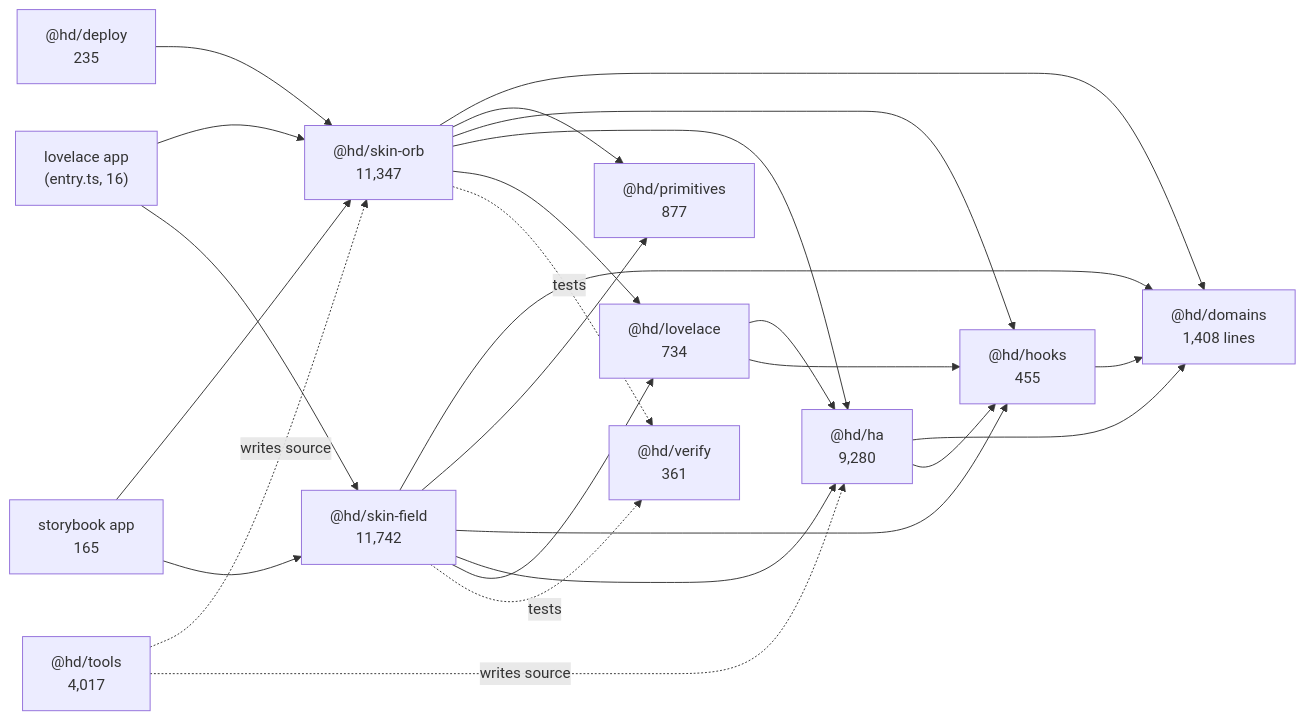
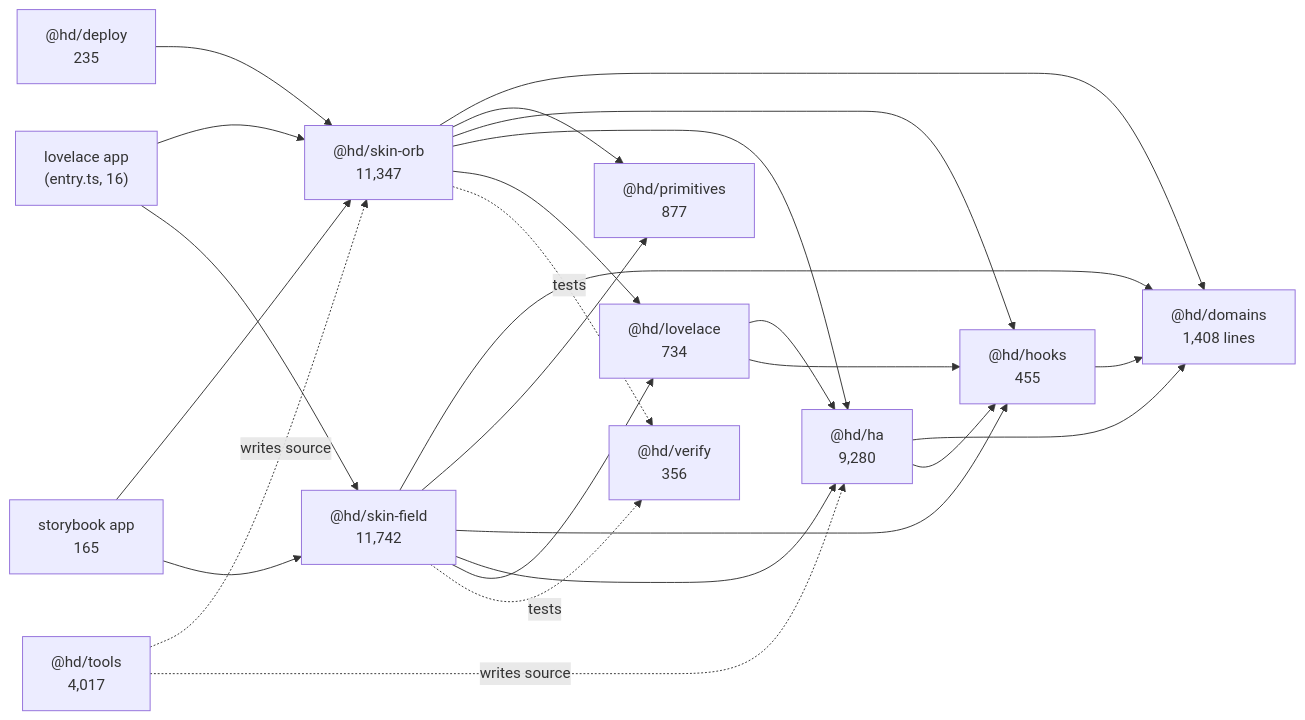
Before and after one commit to Krystosterone/dashhaus: the first of 2 diagrams in docs/research/2026-10-29-monorepo-readiness.md, drawn with Mermaid. The commit also changed other lines of this file and 1 other file, not shown here.

````diff
--- a/docs/research/2026-10-29-monorepo-readiness.md
+++ b/docs/research/2026-10-29-monorepo-readiness.md
@@ -127,40 +127,40 @@
 ```mermaid
 graph LR
   domains["@hd/domains<br/>1,408 lines"]
   primitives["@hd/primitives<br/>877"]
   hooks["@hd/hooks<br/>455"]
   ha["@hd/ha<br/>9,280"]
   lovelace["@hd/lovelace<br/>734"]
   orb["@hd/skin-orb<br/>11,347"]
   field["@hd/skin-field<br/>11,742"]
   bundle["lovelace app<br/>(entry.ts, 16)"]
   deploy["@hd/deploy<br/>235"]
   sb["storybook app<br/>165"]
-  verify["@hd/verify<br/>361"]
+  verify["@hd/verify<br/>356"]
   tools["@hd/tools<br/>4,017"]
 
   hooks --> domains
   ha --> domains
   ha --> hooks
   lovelace --> ha
   lovelace --> hooks
   orb --> domains
   orb --> primitives
   orb --> hooks
   orb --> ha
   orb --> lovelace
   field --> domains
   field --> primitives
   field --> hooks
   field --> ha
   field --> lovelace
   bundle --> orb
   bundle --> field
   deploy --> orb
   sb --> orb
   sb --> field
   orb -. "tests" .-> verify
   field -. "tests" .-> verify
   tools -. "writes source" .-> orb
   tools -. "writes source" .-> ha
 ```
````
